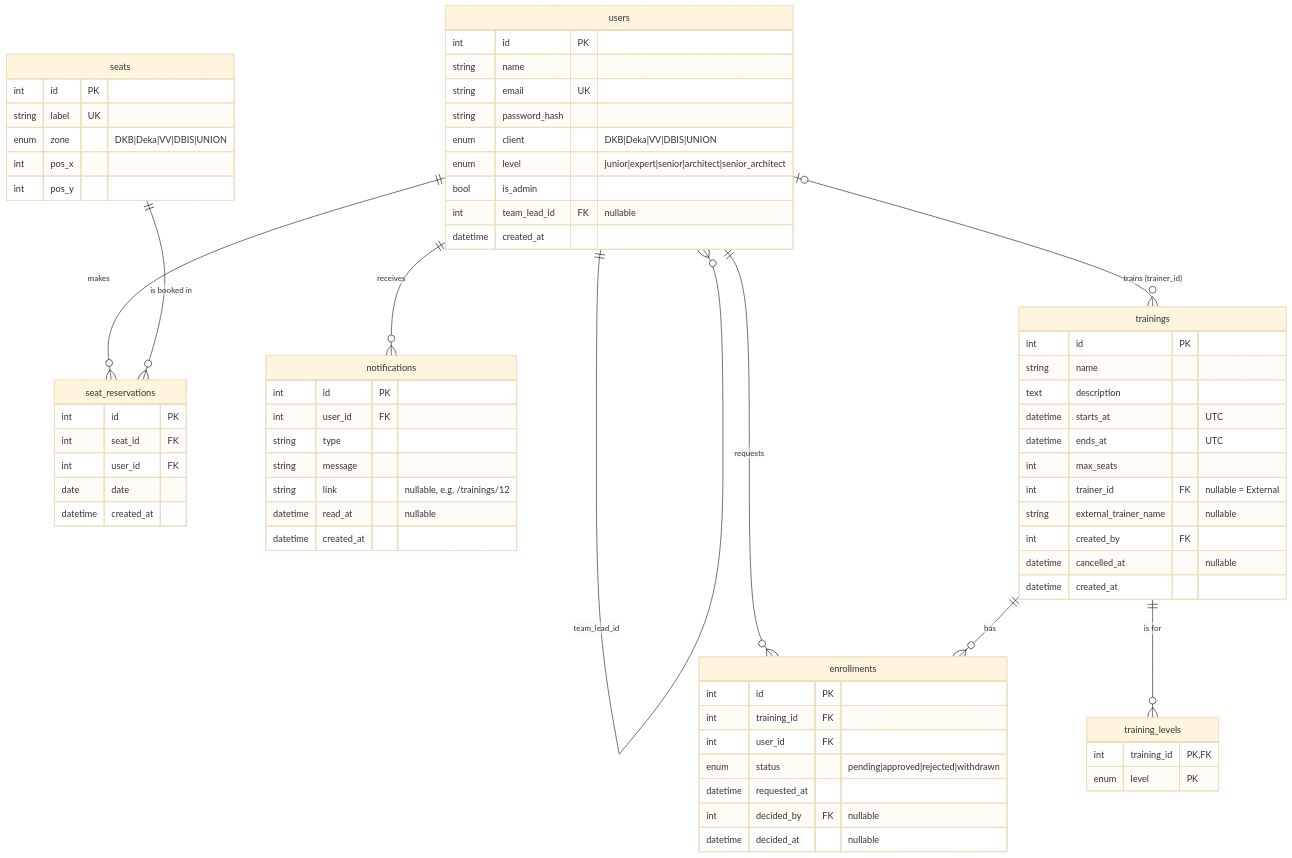
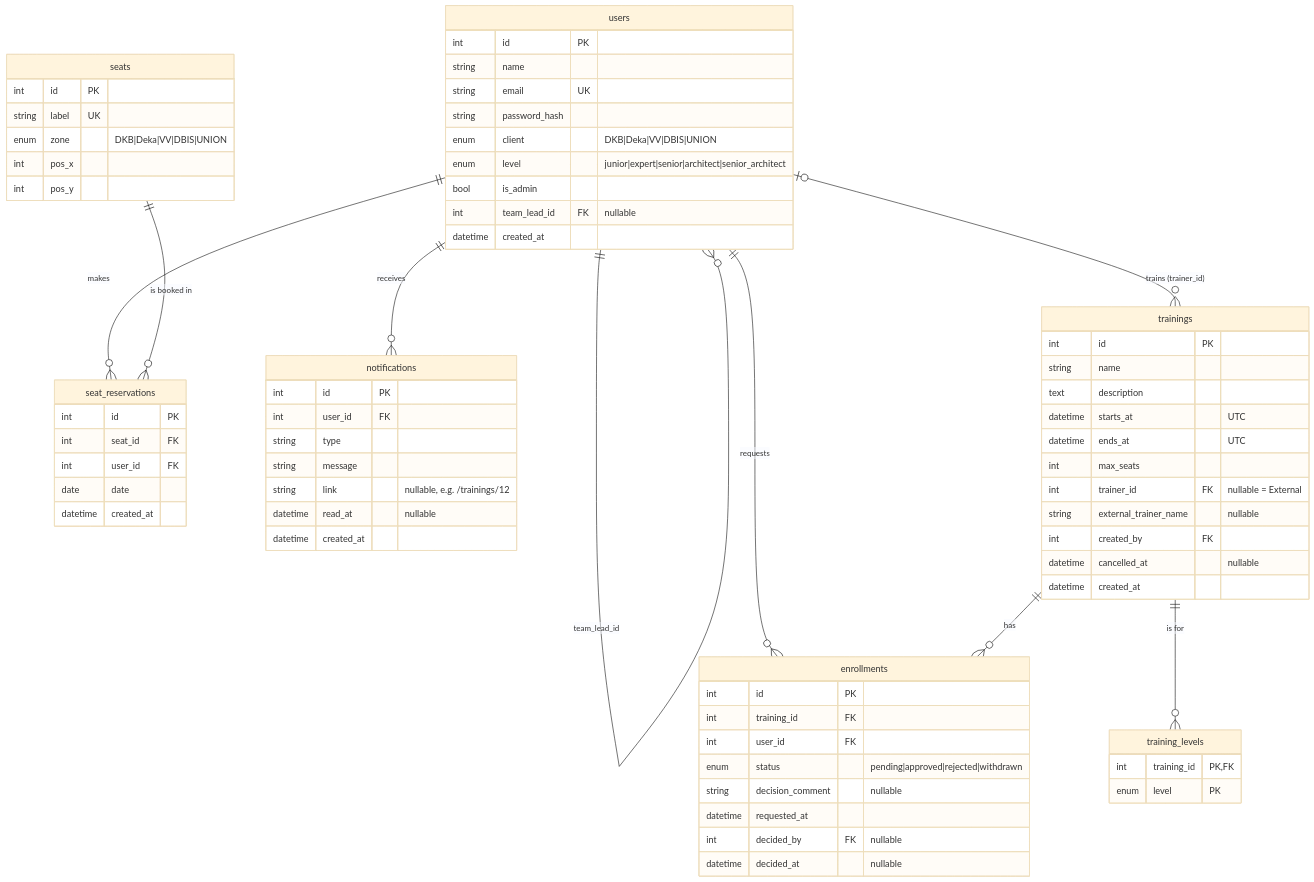
The first of 2 diagrams in plan.md (Cofinpro/praying-mantis-1), drawn with Mermaid (base theme) before and after one commit. The commit also changed other lines of this file, not shown here.

````diff
--- a/plan.md
+++ b/plan.md
@@ -106,72 +122,73 @@
 ```mermaid
 erDiagram
     users ||--o{ users : "team_lead_id"
     users ||--o{ enrollments : requests
     users ||--o{ seat_reservations : makes
     users ||--o{ notifications : receives
     users |o--o{ trainings : "trains (trainer_id)"
     trainings ||--o{ training_levels : "is for"
     trainings ||--o{ enrollments : has
     seats ||--o{ seat_reservations : "is booked in"
 
     users {
         int id PK
         string name
         string email UK
         string password_hash
         enum client "DKB|Deka|VV|DBIS|UNION"
         enum level "junior|expert|senior|architect|senior_architect"
         bool is_admin
         int team_lead_id FK "nullable"
         datetime created_at
     }
     trainings {
         int id PK
         string name
         text description
         datetime starts_at "UTC"
         datetime ends_at "UTC"
         int max_seats
         int trainer_id FK "nullable = External"
         string external_trainer_name "nullable"
         int created_by FK
         datetime cancelled_at "nullable"
         datetime created_at
     }
     training_levels {
         int training_id PK,FK
         enum level PK
     }
     enrollments {
         int id PK
         int training_id FK
         int user_id FK
         enum status "pending|approved|rejected|withdrawn"
+        string decision_comment "nullable"
         datetime requested_at
         int decided_by FK "nullable"
         datetime decided_at "nullable"
     }
     notifications {
         int id PK
         int user_id FK
         string type
         string message
         string link "nullable, e.g. /trainings/12"
         datetime read_at "nullable"
         datetime created_at
     }
     seats {
         int id PK
         string label UK
         enum zone "DKB|Deka|VV|DBIS|UNION"
         int pos_x
         int pos_y
     }
     seat_reservations {
         int id PK
         int seat_id FK
         int user_id FK
         date date
         datetime created_at
     }
 ```
````
